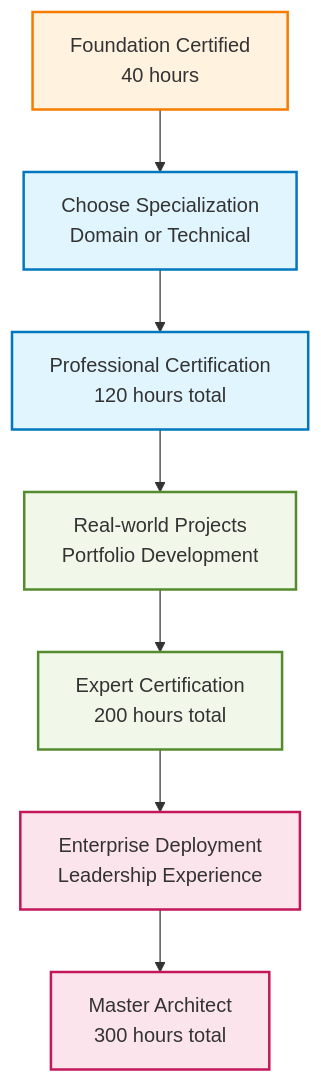
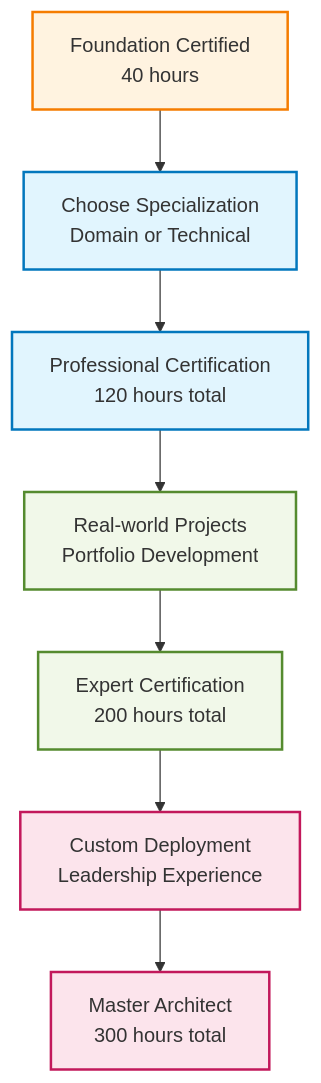
One commit to ActiveInferenceInstitute/GEO-INFER changed the fourth of 7 diagrams in README.md. Above: the diagram before and after it, drawn with Mermaid. The commit also changed other lines of this file, not shown here.

````diff
--- a/README.md
+++ b/README.md
@@ -610,15 +545,15 @@
 ```mermaid
 graph TD
     classDef foundation fill:#fff3e0,stroke:#f57c00,stroke-width:2px
     classDef professional fill:#e1f5fe,stroke:#0277bd,stroke-width:2px
     classDef expert fill:#f1f8e9,stroke:#558b2f,stroke-width:2px
     classDef master fill:#fce4ec,stroke:#c2185b,stroke-width:2px
 
     A[Foundation Certified<br/>40 hours]:::foundation
     A --> B[Choose Specialization<br/>Domain or Technical]:::professional
     B --> C[Professional Certification<br/>120 hours total]:::professional
     C --> D[Real-world Projects<br/>Portfolio Development]:::expert
     D --> E[Expert Certification<br/>200 hours total]:::expert
-    E --> F[Enterprise Deployment<br/>Leadership Experience]:::master
+    E --> F[Custom Deployment<br/>Leadership Experience]:::master
     F --> G[Master Architect<br/>300 hours total]:::master
 ```
````
